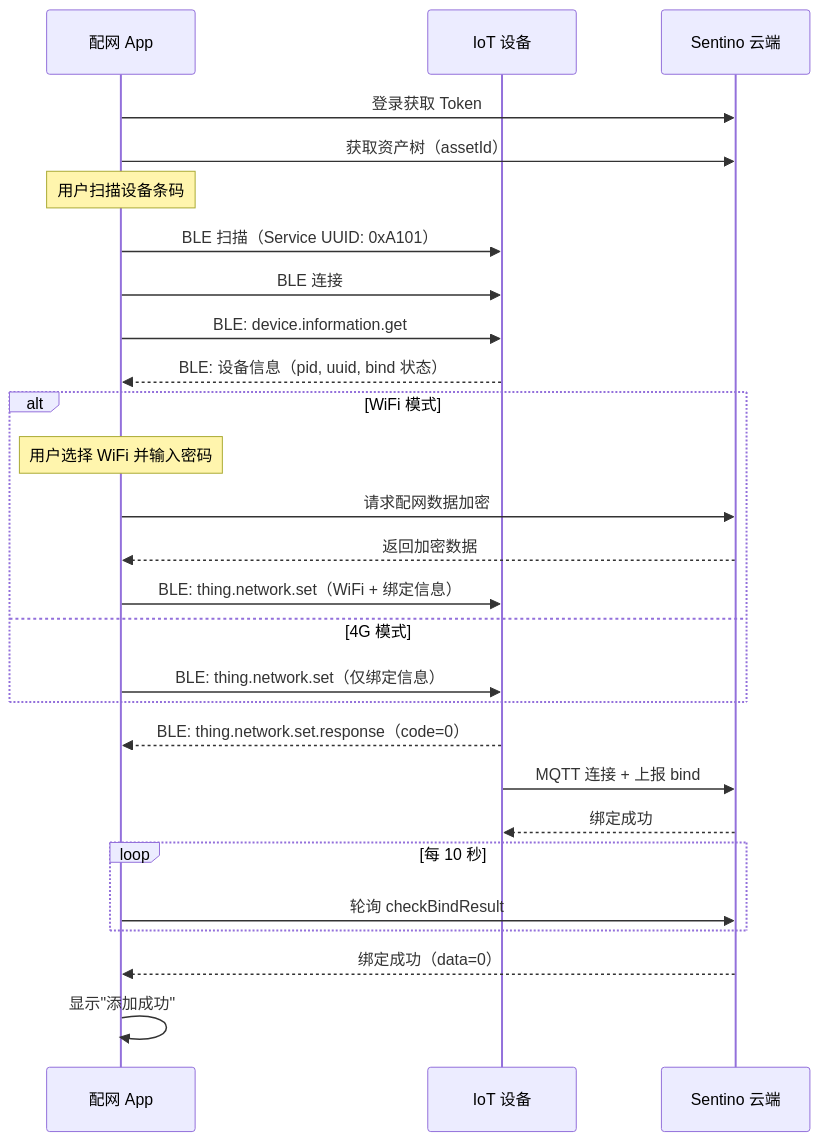
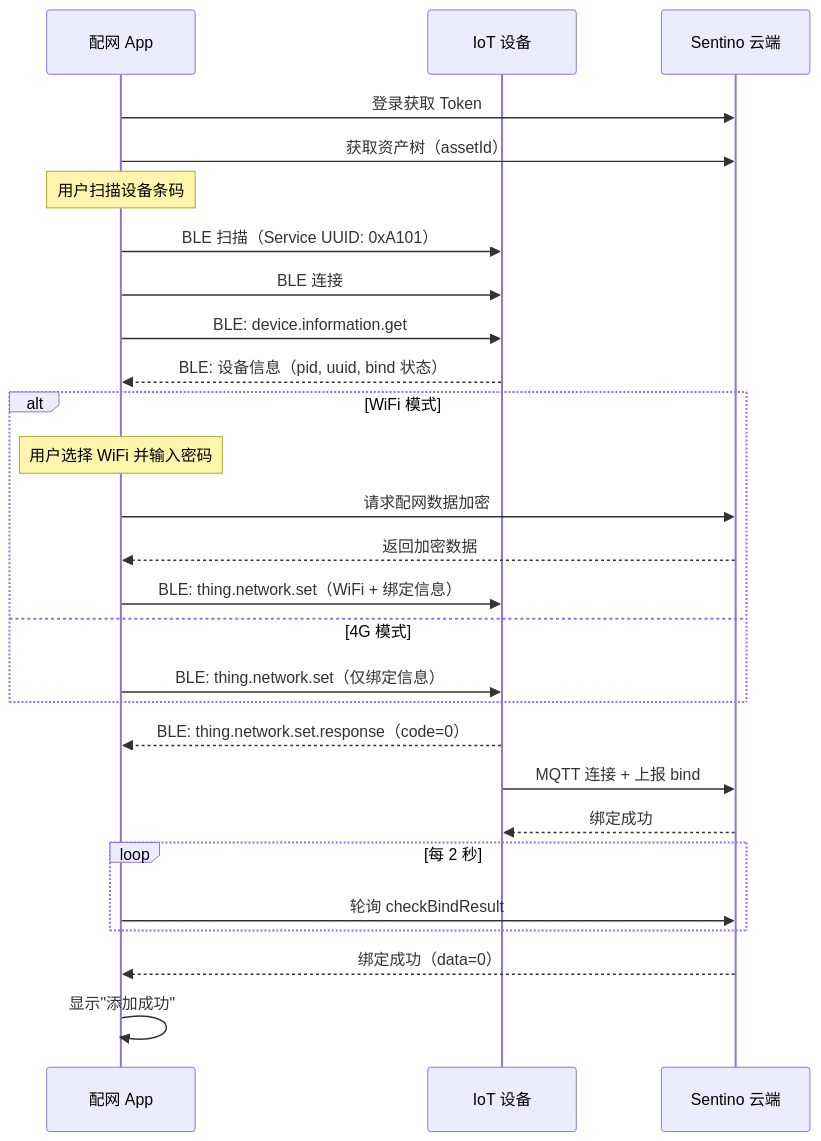
Before and after one commit to sentino-jp/iot-docs: the third of 4 diagrams in guide-app.md, drawn with Mermaid. The commit also changed other lines of this file and 9 other files, not shown here.

````diff
--- a/guide-app.md
+++ b/guide-app.md
@@ -282,35 +315,35 @@
 ```mermaid
 sequenceDiagram
     participant App as 配网 App
     participant Device as IoT 设备
     participant Cloud as Sentino 云端
 
     App->>Cloud: 登录获取 Token
     App->>Cloud: 获取资产树（assetId）
     Note over App: 用户扫描设备条码
 
     App->>Device: BLE 扫描（Service UUID: 0xA101）
     App->>Device: BLE 连接
     App->>Device: BLE: device.information.get
     Device-->>App: BLE: 设备信息（pid, uuid, bind 状态）
 
     alt WiFi 模式
         Note over App: 用户选择 WiFi 并输入密码
         App->>Cloud: 请求配网数据加密
         Cloud-->>App: 返回加密数据
         App->>Device: BLE: thing.network.set（WiFi + 绑定信息）
     else 4G 模式
         App->>Device: BLE: thing.network.set（仅绑定信息）
     end
 
     Device-->>App: BLE: thing.network.set.response（code=0）
 
     Device->>Cloud: MQTT 连接 + 上报 bind
     Cloud-->>Device: 绑定成功
 
-    loop 每 10 秒
+    loop 每 2 秒
         App->>Cloud: 轮询 checkBindResult
     end
     Cloud-->>App: 绑定成功（data=0）
     App->>App: 显示"添加成功"
 ```
````
